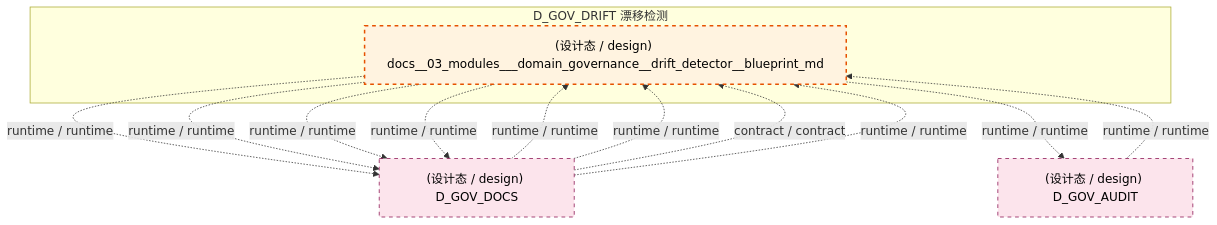
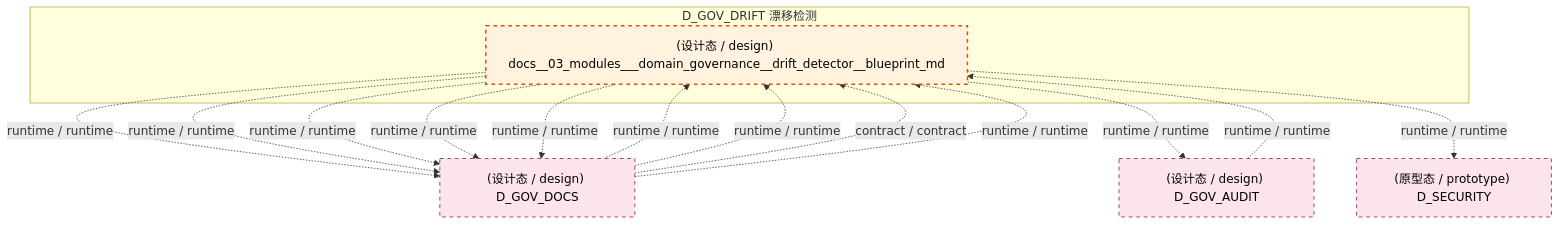
Before and after one commit to xuanFelixVan/ZephyrAlpha: the fifth of 7 diagrams in docs/02_enterprise_architecture/02_domain_architecture_docs/41_d_gov_drift.md, drawn with Mermaid. The commit also changed other lines of this file and 82 other files, not shown here.

````diff
--- a/docs/02_enterprise_architecture/02_domain_architecture_docs/41_d_gov_drift.md
+++ b/docs/02_enterprise_architecture/02_domain_architecture_docs/41_d_gov_drift.md
@@ -534,24 +534,27 @@
 ```mermaid
 graph TD
     subgraph D_GOV_DRIFT["D_GOV_DRIFT 漂移检测"]
         docs_03_modules_domain_governance_drift_detector_blueprint_md["(设计态 / design) docs__03_modules___domain_governance__drift_detector__blueprint_md"]
     end
     D_GOV_DOCS["(设计态 / design) D_GOV_DOCS"]
     docs_03_modules_domain_governance_drift_detector_blueprint_md -.->|runtime / runtime| D_GOV_DOCS
+    docs_03_modules_domain_governance_drift_detector_blueprint_md -.->|runtime / runtime| D_GOV_DOCS
     D_GOV_AUDIT["(设计态 / design) D_GOV_AUDIT"]
     docs_03_modules_domain_governance_drift_detector_blueprint_md -.->|runtime / runtime| D_GOV_AUDIT
+    D_SECURITY["(原型态 / prototype) D_SECURITY"]
+    docs_03_modules_domain_governance_drift_detector_blueprint_md -.->|runtime / runtime| D_SECURITY
     docs_03_modules_domain_governance_drift_detector_blueprint_md -.->|runtime / runtime| D_GOV_DOCS
     docs_03_modules_domain_governance_drift_detector_blueprint_md -.->|runtime / runtime| D_GOV_DOCS
     docs_03_modules_domain_governance_drift_detector_blueprint_md -.->|runtime / runtime| D_GOV_DOCS
     D_GOV_AUDIT -.->|runtime / runtime| docs_03_modules_domain_governance_drift_detector_blueprint_md
     D_GOV_DOCS -.->|runtime / runtime| docs_03_modules_domain_governance_drift_detector_blueprint_md
     D_GOV_DOCS -.->|runtime / runtime| docs_03_modules_domain_governance_drift_detector_blueprint_md
     D_GOV_DOCS -.->|contract / contract| docs_03_modules_domain_governance_drift_detector_blueprint_md
     D_GOV_DOCS -.->|runtime / runtime| docs_03_modules_domain_governance_drift_detector_blueprint_md
     classDef production fill:#e1f5fe,stroke:#01579b,stroke-width:2px,color:#000
     classDef design fill:#fff3e0,stroke:#e65100,stroke-width:2px,color:#000,stroke-dasharray: 5 5
     classDef external_prod fill:#e8f5e9,stroke:#1b5e20,stroke-width:1px,color:#000
     classDef external_design fill:#fce4ec,stroke:#880e4f,stroke-width:1px,color:#000,stroke-dasharray: 5 5
     class docs_03_modules_domain_governance_drift_detector_blueprint_md design
-    class D_GOV_DOCS,D_GOV_AUDIT external_design
+    class D_GOV_DOCS,D_GOV_AUDIT,D_SECURITY external_design
 ```
````
